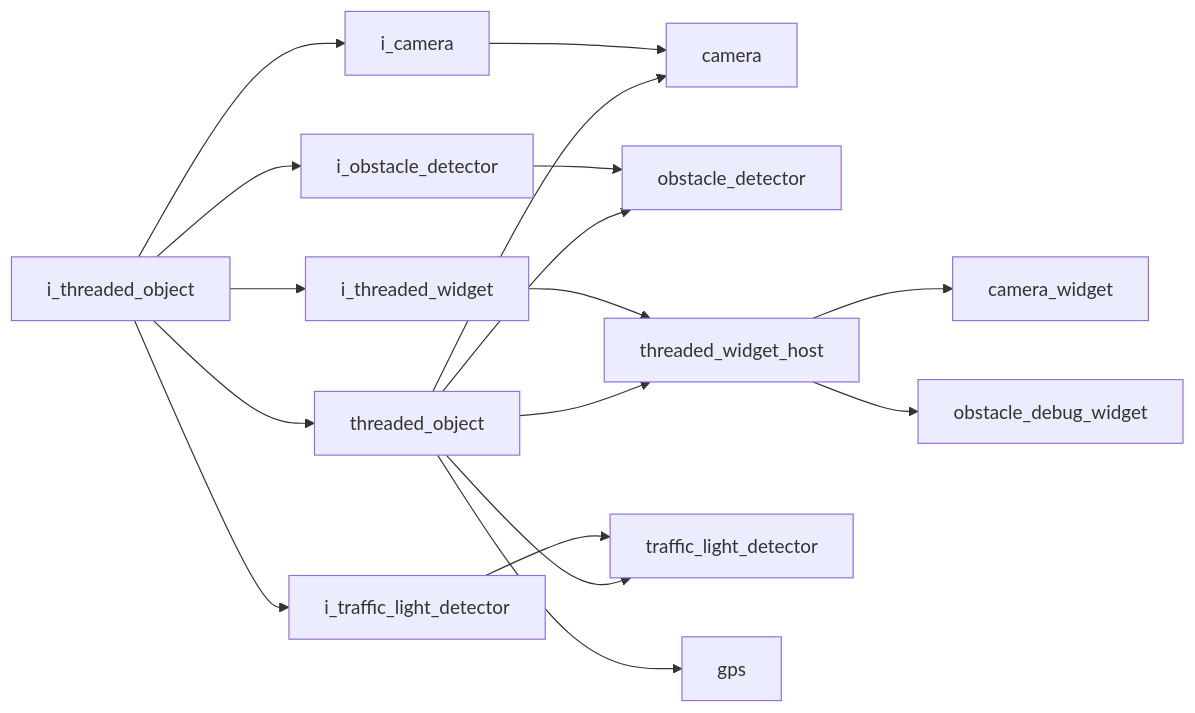
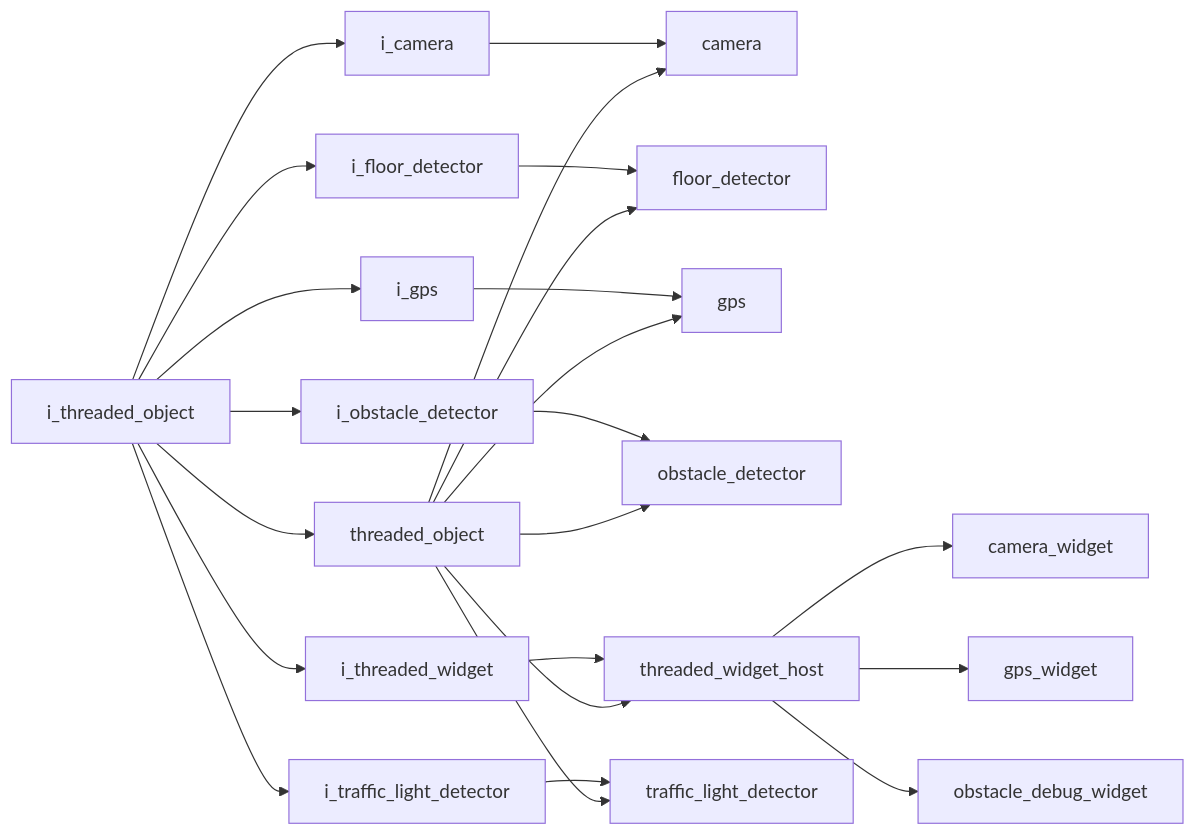
The second of 2 diagrams in docs/codebase/namespaces/core/interfaces/i_threaded_object.md (kasper-szczerba/acs_wiki), drawn with Mermaid before and after one commit. The commit also changed other lines of this file and 34 other files, not shown here.

````diff
--- a/docs/codebase/namespaces/core/interfaces/i_threaded_object.md
+++ b/docs/codebase/namespaces/core/interfaces/i_threaded_object.md
@@ -23,20 +23,26 @@
 ```mermaid
 graph LR
     i_threaded_object["i_threaded_object"]
     i_camera["i_camera"] --> camera["camera"]
+    i_floor_detector["i_floor_detector"] --> floor_detector["floor_detector"]
+    i_gps["i_gps"] --> gps["gps"]
     i_obstacle_detector["i_obstacle_detector"] --> obstacle_detector["obstacle_detector"]
     i_threaded_object["i_threaded_object"] --> i_camera["i_camera"]
+    i_threaded_object["i_threaded_object"] --> i_floor_detector["i_floor_detector"]
+    i_threaded_object["i_threaded_object"] --> i_gps["i_gps"]
     i_threaded_object["i_threaded_object"] --> i_obstacle_detector["i_obstacle_detector"]
     i_threaded_object["i_threaded_object"] --> i_threaded_widget["i_threaded_widget"]
     i_threaded_object["i_threaded_object"] --> i_traffic_light_detector["i_traffic_light_detector"]
     i_threaded_object["i_threaded_object"] --> threaded_object["threaded_object"]
     i_threaded_widget["i_threaded_widget"] --> threaded_widget_host["threaded_widget_host"]
     i_traffic_light_detector["i_traffic_light_detector"] --> traffic_light_detector["traffic_light_detector"]
     threaded_object["threaded_object"] --> camera["camera"]
+    threaded_object["threaded_object"] --> floor_detector["floor_detector"]
     threaded_object["threaded_object"] --> gps["gps"]
     threaded_object["threaded_object"] --> obstacle_detector["obstacle_detector"]
     threaded_object["threaded_object"] --> threaded_widget_host["threaded_widget_host"]
     threaded_object["threaded_object"] --> traffic_light_detector["traffic_light_detector"]
     threaded_widget_host["threaded_widget_host"] --> camera_widget["camera_widget"]
+    threaded_widget_host["threaded_widget_host"] --> gps_widget["gps_widget"]
     threaded_widget_host["threaded_widget_host"] --> obstacle_debug_widget["obstacle_debug_widget"]
 ```
````
